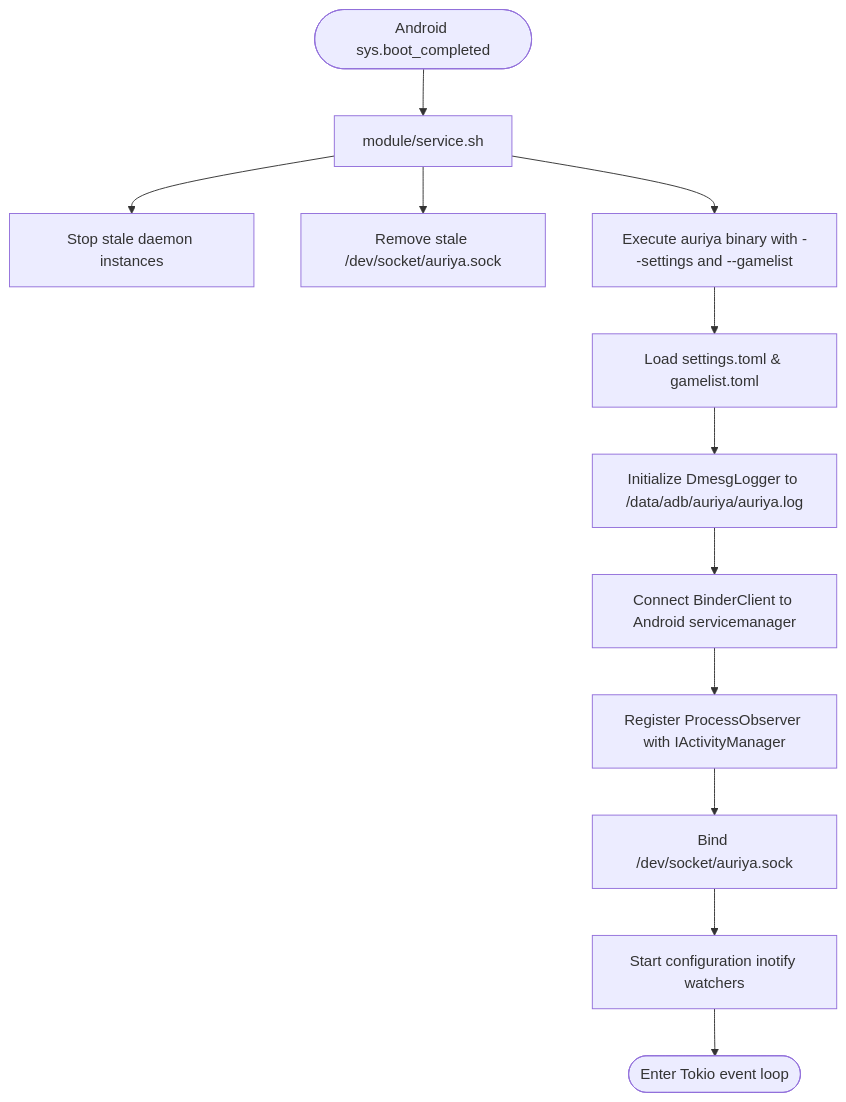
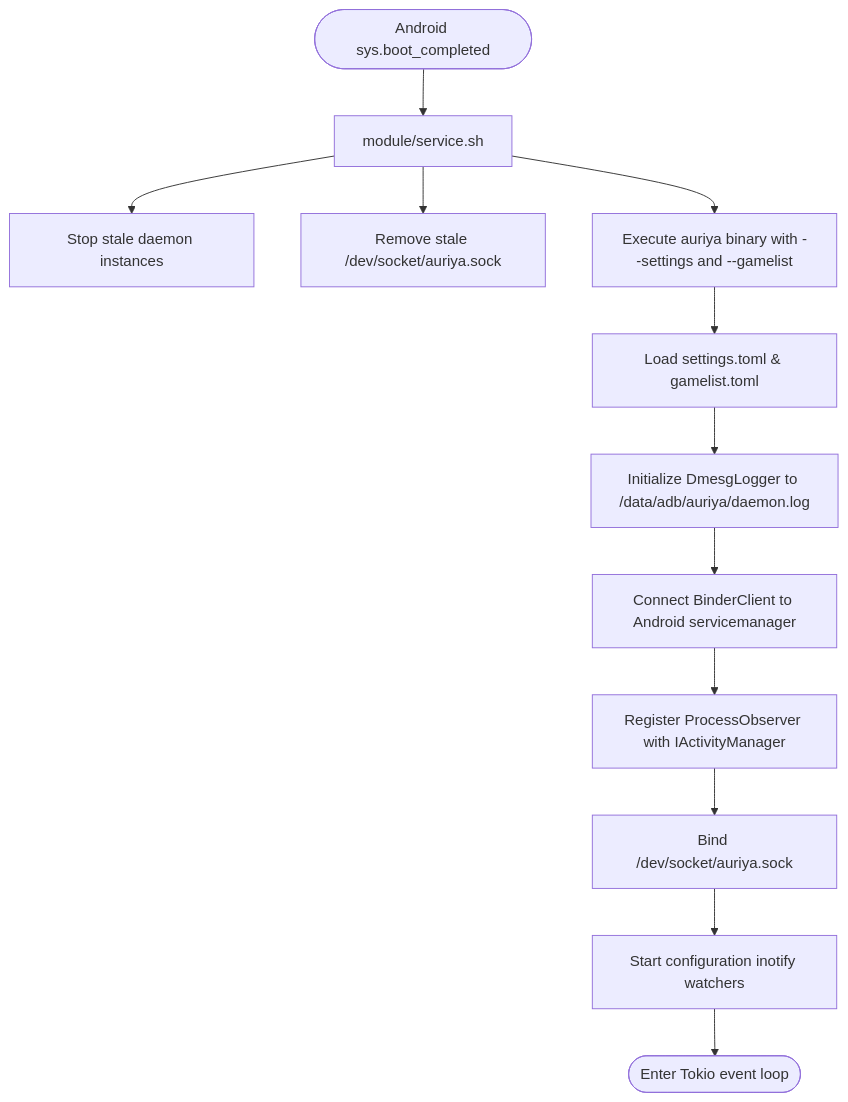
The second of 2 diagrams in src/content/docs/architecture/data-flow.md (pavelc4/auriya-wiki), drawn with Mermaid before and after one commit. The commit also changed 23 other files, not shown here.

````diff
--- a/src/content/docs/architecture/data-flow.md
+++ b/src/content/docs/architecture/data-flow.md
@@ -56,15 +56,15 @@
 ```mermaid
 flowchart TD
     boot([Android sys.boot_completed]) --> svc["module/service.sh"]
     svc --> c1["Stop stale daemon instances"]
     svc --> c2["Remove stale /dev/socket/auriya.sock"]
     svc --> c3["Execute auriya binary with --settings and --gamelist"]
 
     c3 --> d1["Load settings.toml & gamelist.toml"]
-    d1 --> d2["Initialize DmesgLogger to /data/adb/auriya/auriya.log"]
+    d1 --> d2["Initialize DmesgLogger to /data/adb/auriya/daemon.log"]
     d2 --> d3["Connect BinderClient to Android servicemanager"]
     d3 --> d4["Register ProcessObserver with IActivityManager"]
     d4 --> d5["Bind /dev/socket/auriya.sock"]
     d5 --> d6["Start configuration inotify watchers"]
     d6 --> loop([Enter Tokio event loop])
 ```
````
